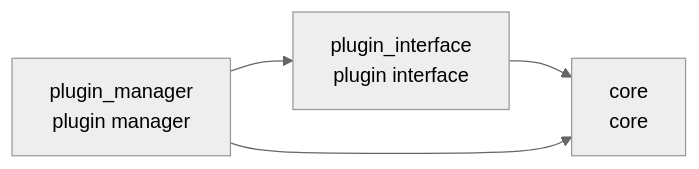
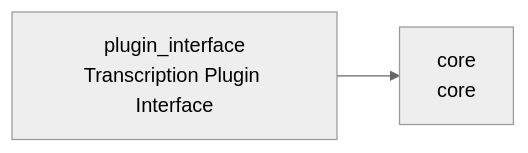
The diagram in README.md (cj-mills/cjm-transcription-plugin-system), drawn with Mermaid (neutral theme) before and after one commit. The commit also changed other lines of this file and 7 other files, not shown here.

````diff
--- a/README.md
+++ b/README.md
@@ -23,10 +22,7 @@
 ``` mermaid
 graph LR
     core[core<br/>core]
-    plugin_interface[plugin_interface<br/>plugin interface]
-    plugin_manager[plugin_manager<br/>plugin manager]
+    plugin_interface[plugin_interface<br/>Transcription Plugin Interface]
 
     plugin_interface --> core
-    plugin_manager --> plugin_interface
-    plugin_manager --> core
 ```
````
